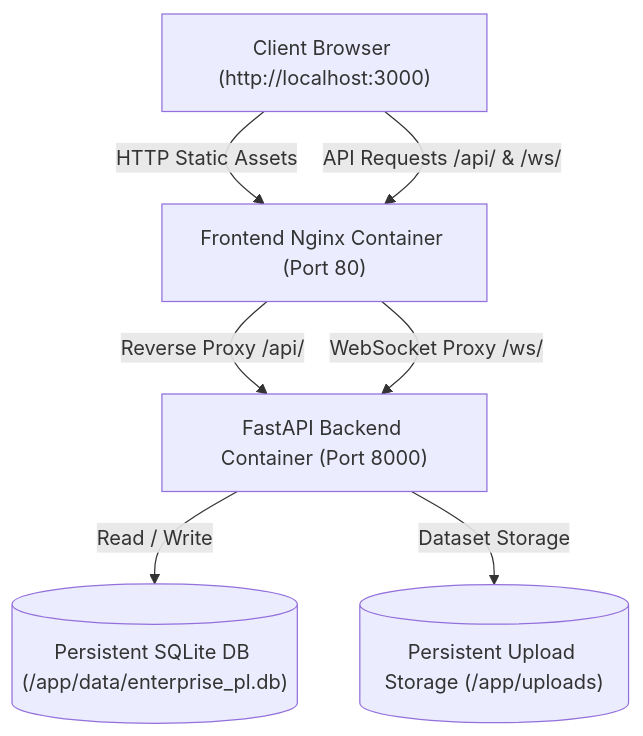
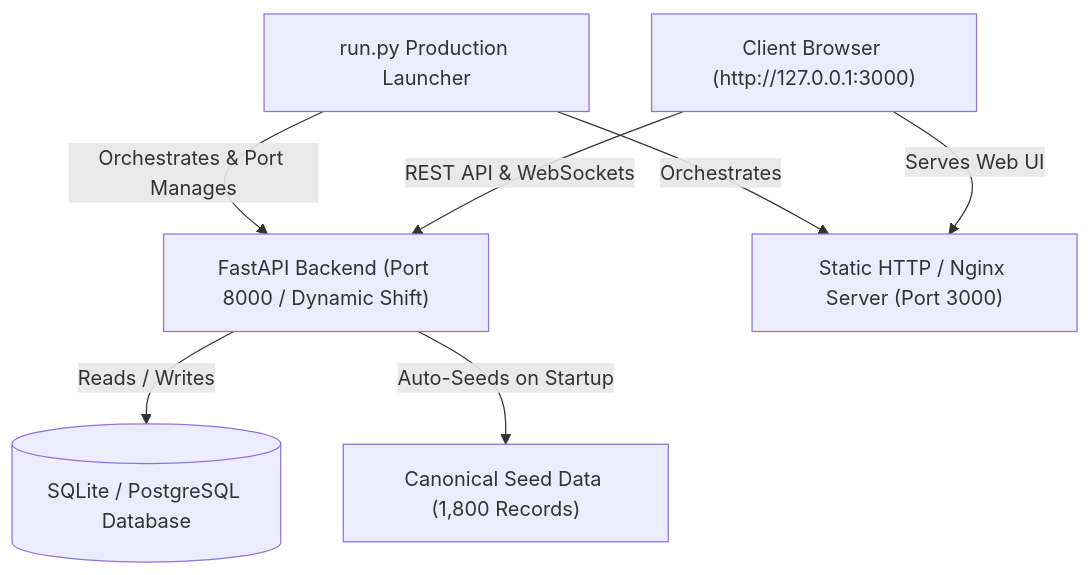
One commit to RutvikWankhede/Unified-P-L-analysis-platform changed the diagram in README.md. Above: the diagram before and after it, drawn with Mermaid. The commit also changed other lines of this file and 266 other files, not shown here.

````diff
--- a/README.md
+++ b/README.md
@@ -15,15 +14,16 @@
 ```mermaid
 graph TD
-    Browser["Client Browser (http://localhost:3000)"]
-    Nginx["Frontend Nginx Container (Port 80)"]
-    FastAPI["FastAPI Backend Container (Port 8000)"]
-    SQLite[("Persistent SQLite DB (/app/data/enterprise_pl.db)")]
-    Uploads[("Persistent Upload Storage (/app/uploads)")]
+    Browser["Client Browser (http://127.0.0.1:3000)"]
+    Launcher["run.py Production Launcher"]
+    FastAPI["FastAPI Backend (Port 8000 / Dynamic Shift)"]
+    Frontend["Static HTTP / Nginx Server (Port 3000)"]
+    SQLite[("SQLite / PostgreSQL Database")]
+    CanonicalSeed["Canonical Seed Data (1,800 Records)"]
 
-    Browser -->|HTTP Static Assets| Nginx
-    Browser -->|API Requests /api/ & /ws/| Nginx
-    Nginx -->|Reverse Proxy /api/| FastAPI
-    Nginx -->|WebSocket Proxy /ws/| FastAPI
-    FastAPI -->|Read / Write| SQLite
-    FastAPI -->|Dataset Storage| Uploads
+    Launcher -->|Orchestrates & Port Manages| FastAPI
+    Launcher -->|Orchestrates| Frontend
+    Browser -->|Serves Web UI| Frontend
+    Browser -->|REST API & WebSockets| FastAPI
+    FastAPI -->|Reads / Writes| SQLite
+    FastAPI -->|Auto-Seeds on Startup| CanonicalSeed
 ```
````
